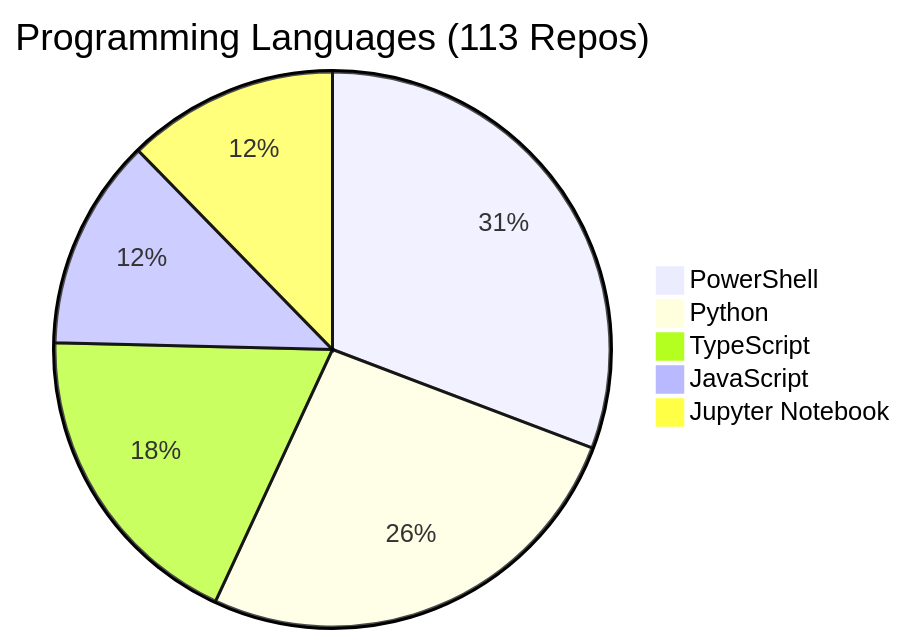
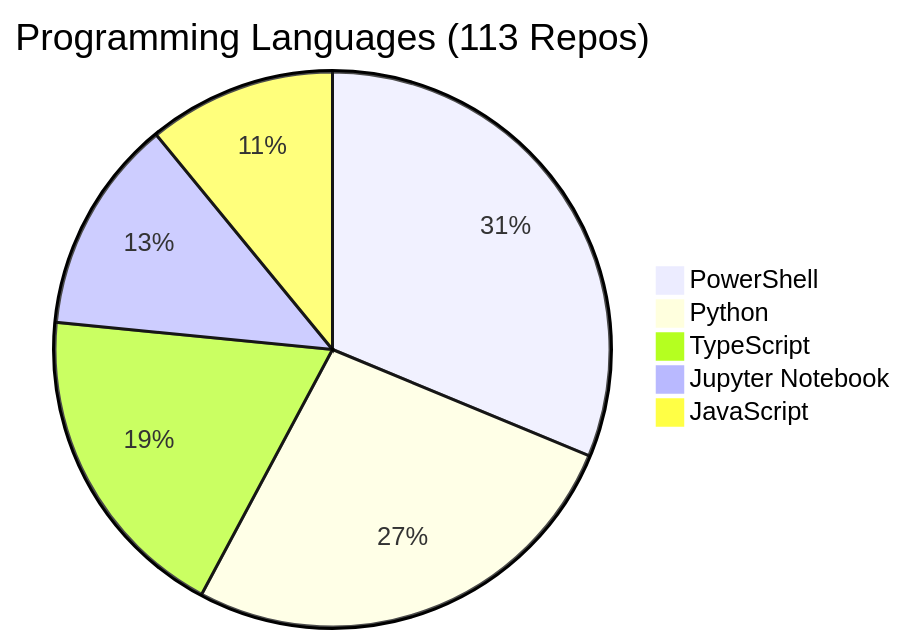
Before and after one commit to fabioc-aloha/fabioc-aloha: the diagram in REPOS.md, drawn with Mermaid. The commit also changed other lines of this file and 1 other file, not shown here.

````diff
--- a/REPOS.md
+++ b/REPOS.md
@@ -156,8 +156,8 @@
 ```mermaid
 pie title Programming Languages (113 Repos)
     "PowerShell" : 20
     "Python" : 17
     "TypeScript" : 12
-    "JavaScript" : 8
     "Jupyter Notebook" : 8
+    "JavaScript" : 7
 ```
````
